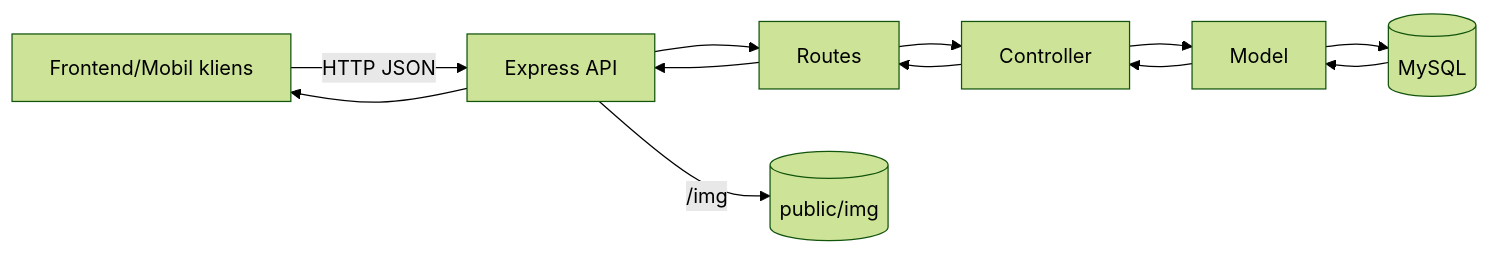
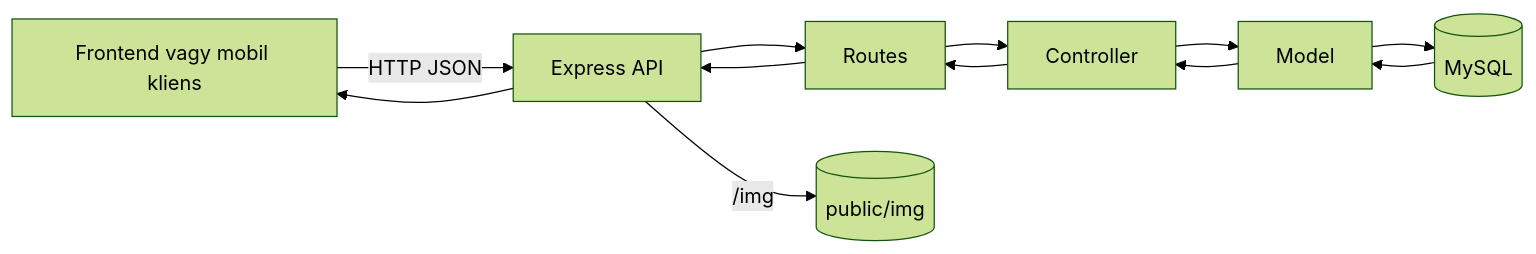
One commit to Almaelado/autoshop changed the diagram in mentes/backend-dokumentacio.md. Above: the diagram before and after it, drawn with Mermaid (forest theme). The commit also changed other lines of this file and 17 other files, not shown here.

````diff
--- a/mentes/backend-dokumentacio.md
+++ b/mentes/backend-dokumentacio.md
@@ -47,10 +44,10 @@
 ```mermaid
 flowchart LR
-    Client[Frontend/Mobil kliens] -->|HTTP JSON| Express[Express API]
+    Client[Frontend vagy mobil kliens] -->|HTTP JSON| Express[Express API]
     Express --> Router[Routes]
     Router --> Controller[Controller]
     Controller --> Model[Model]
     Model --> DB[(MySQL)]
     DB --> Model --> Controller --> Router --> Express --> Client
     Express -->|/img| Static[(public/img)]
 ```
````
